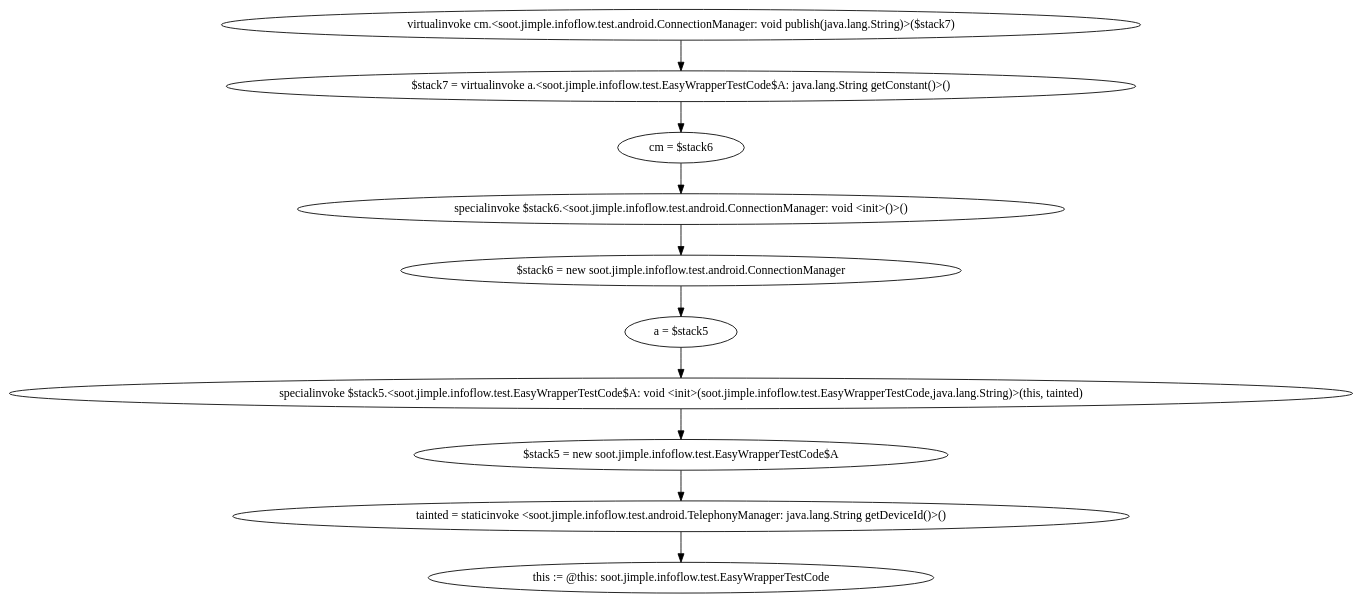
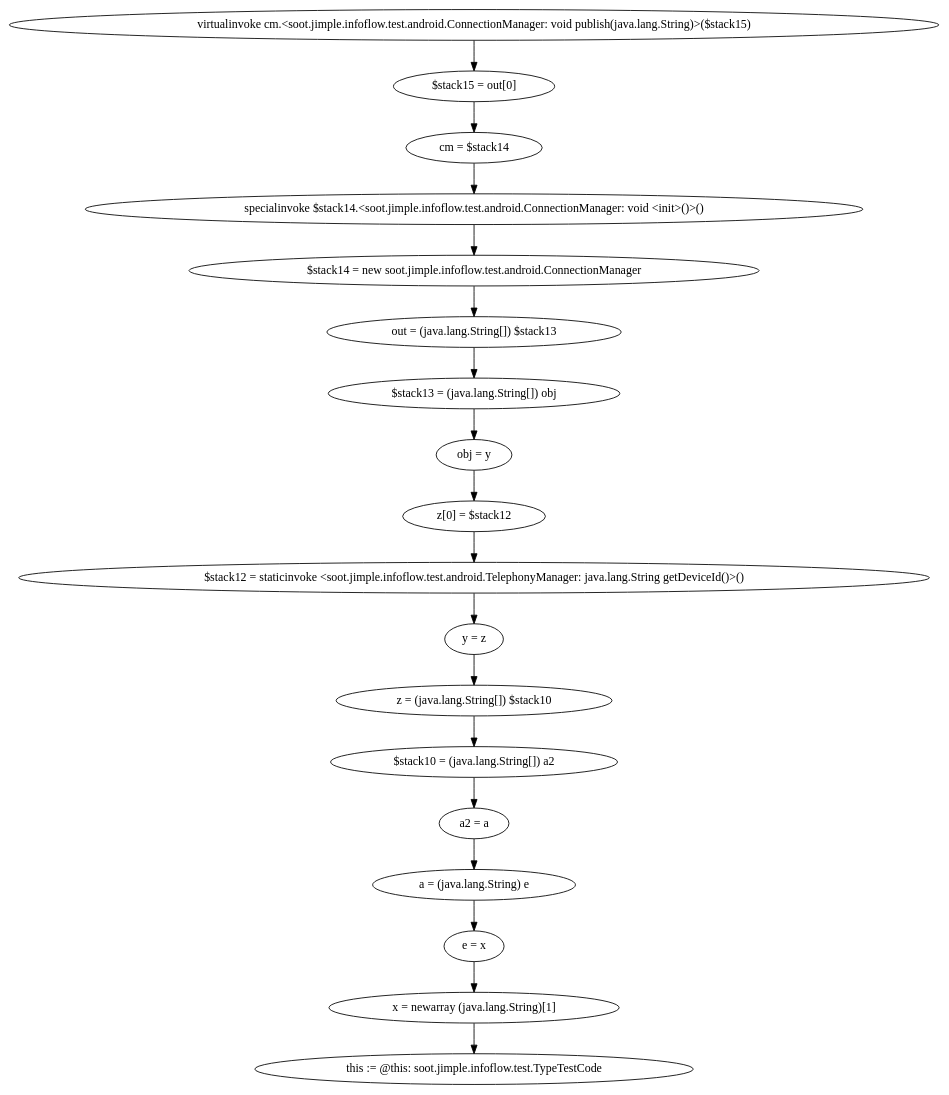
Before and after one commit to t1mlange/FlowDroid: the diagram in soot-infoflow/dotfiles/0.dot, drawn with Graphviz. The commit also changed 7 other files, not shown here.

```diff
--- a/soot-infoflow/dotfiles/0.dot
+++ b/soot-infoflow/dotfiles/0.dot
@@ -1,21 +1,37 @@
 digraph "" {
-    "virtualinvoke cm.<soot.jimple.infoflow.test.android.ConnectionManager: void publish(java.lang.String)>($stack7)"
-    "$stack7 = virtualinvoke a.<soot.jimple.infoflow.test.EasyWrapperTestCode$A: java.lang.String getConstant()>()"
-    "virtualinvoke cm.<soot.jimple.infoflow.test.android.ConnectionManager: void publish(java.lang.String)>($stack7)"->"$stack7 = virtualinvoke a.<soot.jimple.infoflow.test.EasyWrapperTestCode$A: java.lang.String getConstant()>()";
-    "cm = $stack6"
-    "$stack7 = virtualinvoke a.<soot.jimple.infoflow.test.EasyWrapperTestCode$A: java.lang.String getConstant()>()"->"cm = $stack6";
-    "specialinvoke $stack6.<soot.jimple.infoflow.test.android.ConnectionManager: void <init>()>()"
-    "cm = $stack6"->"specialinvoke $stack6.<soot.jimple.infoflow.test.android.ConnectionManager: void <init>()>()";
-    "$stack6 = new soot.jimple.infoflow.test.android.ConnectionManager"
-    "specialinvoke $stack6.<soot.jimple.infoflow.test.android.ConnectionManager: void <init>()>()"->"$stack6 = new soot.jimple.infoflow.test.android.ConnectionManager";
-    "a = $stack5"
-    "$stack6 = new soot.jimple.infoflow.test.android.ConnectionManager"->"a = $stack5";
-    "specialinvoke $stack5.<soot.jimple.infoflow.test.EasyWrapperTestCode$A: void <init>(soot.jimple.infoflow.test.EasyWrapperTestCode,java.lang.String)>(this, tainted)"
-    "a = $stack5"->"specialinvoke $stack5.<soot.jimple.infoflow.test.EasyWrapperTestCode$A: void <init>(soot.jimple.infoflow.test.EasyWrapperTestCode,java.lang.String)>(this, tainted)";
-    "$stack5 = new soot.jimple.infoflow.test.EasyWrapperTestCode$A"
-    "specialinvoke $stack5.<soot.jimple.infoflow.test.EasyWrapperTestCode$A: void <init>(soot.jimple.infoflow.test.EasyWrapperTestCode,java.lang.String)>(this, tainted)"->"$stack5 = new soot.jimple.infoflow.test.EasyWrapperTestCode$A";
-    "tainted = staticinvoke <soot.jimple.infoflow.test.android.TelephonyManager: java.lang.String getDeviceId()>()"
-    "$stack5 = new soot.jimple.infoflow.test.EasyWrapperTestCode$A"->"tainted = staticinvoke <soot.jimple.infoflow.test.android.TelephonyManager: java.lang.String getDeviceId()>()";
-    "this := @this: soot.jimple.infoflow.test.EasyWrapperTestCode"
-    "tainted = staticinvoke <soot.jimple.infoflow.test.android.TelephonyManager: java.lang.String getDeviceId()>()"->"this := @this: soot.jimple.infoflow.test.EasyWrapperTestCode";
+    "virtualinvoke cm.<soot.jimple.infoflow.test.android.ConnectionManager: void publish(java.lang.String)>($stack15)"
+    "$stack15 = out[0]"
+    "virtualinvoke cm.<soot.jimple.infoflow.test.android.ConnectionManager: void publish(java.lang.String)>($stack15)"->"$stack15 = out[0]";
+    "cm = $stack14"
+    "$stack15 = out[0]"->"cm = $stack14";
+    "specialinvoke $stack14.<soot.jimple.infoflow.test.android.ConnectionManager: void <init>()>()"
+    "cm = $stack14"->"specialinvoke $stack14.<soot.jimple.infoflow.test.android.ConnectionManager: void <init>()>()";
+    "$stack14 = new soot.jimple.infoflow.test.android.ConnectionManager"
+    "specialinvoke $stack14.<soot.jimple.infoflow.test.android.ConnectionManager: void <init>()>()"->"$stack14 = new soot.jimple.infoflow.test.android.ConnectionManager";
+    "out = (java.lang.String[]) $stack13"
+    "$stack14 = new soot.jimple.infoflow.test.android.ConnectionManager"->"out = (java.lang.String[]) $stack13";
+    "$stack13 = (java.lang.String[]) obj"
+    "out = (java.lang.String[]) $stack13"->"$stack13 = (java.lang.String[]) obj";
+    "obj = y"
+    "$stack13 = (java.lang.String[]) obj"->"obj = y";
+    "z[0] = $stack12"
+    "obj = y"->"z[0] = $stack12";
+    "$stack12 = staticinvoke <soot.jimple.infoflow.test.android.TelephonyManager: java.lang.String getDeviceId()>()"
+    "z[0] = $stack12"->"$stack12 = staticinvoke <soot.jimple.infoflow.test.android.TelephonyManager: java.lang.String getDeviceId()>()";
+    "y = z"
+    "$stack12 = staticinvoke <soot.jimple.infoflow.test.android.TelephonyManager: java.lang.String getDeviceId()>()"->"y = z";
+    "z = (java.lang.String[]) $stack10"
+    "y = z"->"z = (java.lang.String[]) $stack10";
+    "$stack10 = (java.lang.String[]) a2"
+    "z = (java.lang.String[]) $stack10"->"$stack10 = (java.lang.String[]) a2";
+    "a2 = a"
+    "$stack10 = (java.lang.String[]) a2"->"a2 = a";
+    "a = (java.lang.String) e"
+    "a2 = a"->"a = (java.lang.String) e";
+    "e = x"
+    "a = (java.lang.String) e"->"e = x";
+    "x = newarray (java.lang.String)[1]"
+    "e = x"->"x = newarray (java.lang.String)[1]";
+    "this := @this: soot.jimple.infoflow.test.TypeTestCode"
+    "x = newarray (java.lang.String)[1]"->"this := @this: soot.jimple.infoflow.test.TypeTestCode";
 }
```
